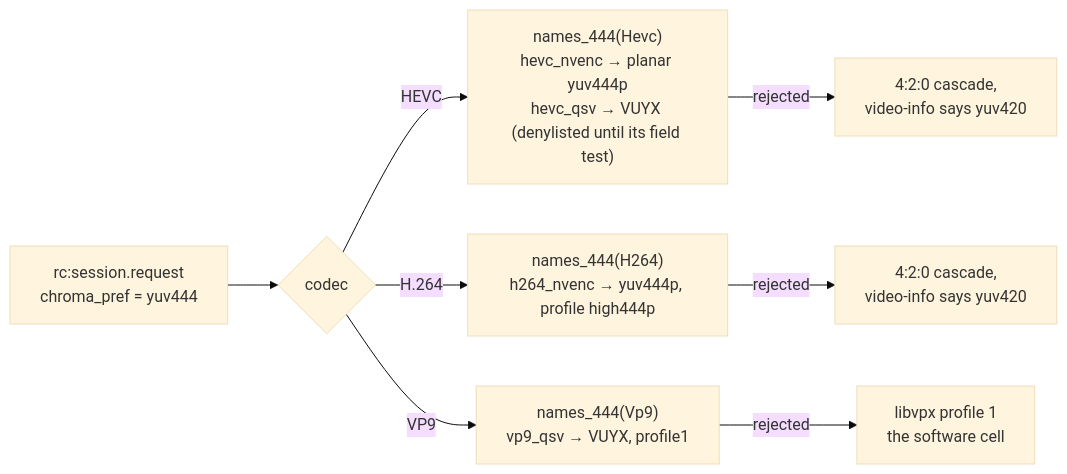
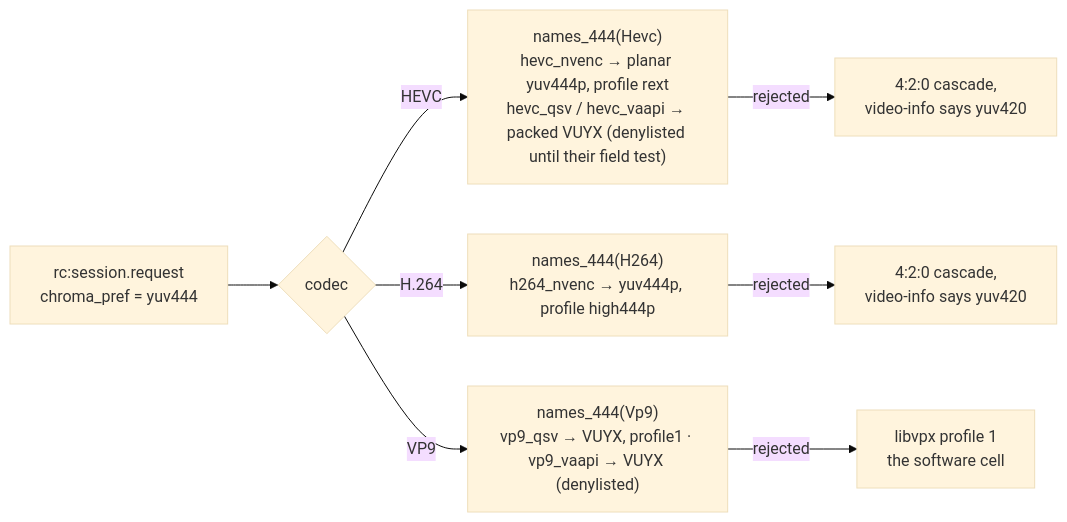
Before and after one commit to gjovanov/roomler2: the fifth of 7 diagrams in docs/encoders.md, drawn with Mermaid (base theme). The commit also changed other lines of this file and 4 other files, not shown here.

First line of the commit message:
docs(fr-77): P5 — encoders.md rewritten around the cell matrix (the resolution and probe diagrams) (#1502)

````diff
--- a/docs/encoders.md
+++ b/docs/encoders.md
@@ -250,10 +317,10 @@
 ```mermaid
 flowchart LR
     R[rc:session.request<br/>chroma_pref = yuv444] --> C{codec}
-    C -- HEVC --> H["names_444(Hevc)<br/>hevc_nvenc → planar yuv444p<br/>hevc_qsv → VUYX (denylisted until its field test)"]
+    C -- HEVC --> H["names_444(Hevc)<br/>hevc_nvenc → planar yuv444p, profile rext<br/>hevc_qsv / hevc_vaapi → packed VUYX (denylisted until their field test)"]
     C -- H.264 --> A["names_444(H264)<br/>h264_nvenc → yuv444p, profile high444p"]
-    C -- VP9 --> V["names_444(Vp9)<br/>vp9_qsv → VUYX, profile1"]
+    C -- VP9 --> V["names_444(Vp9)<br/>vp9_qsv → VUYX, profile1 · vp9_vaapi → VUYX (denylisted)"]
     H -- rejected --> H2[4:2:0 cascade,<br/>video-info says yuv420]
     A -- rejected --> A2[4:2:0 cascade,<br/>video-info says yuv420]
     V -- rejected --> V2[libvpx profile 1<br/>the software cell]
 ```
````
